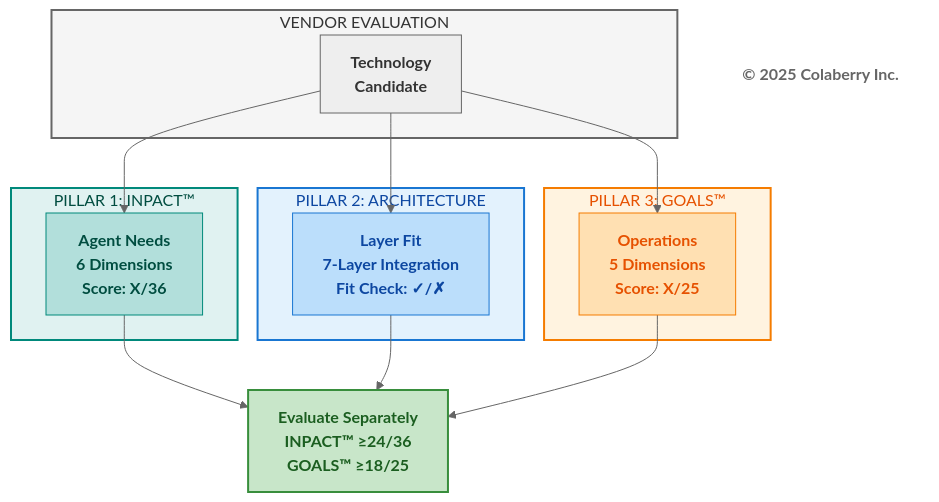
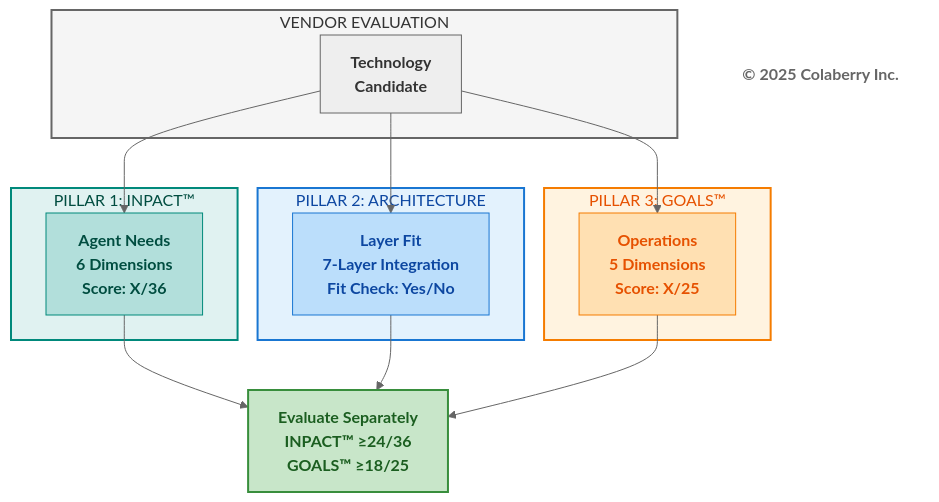
Before and after one commit to saitejesh-cyber/trust-before-intelligence-book: the second of 5 diagrams in manuscript/12_chapter_11_technology_selection_guide.md, drawn with Mermaid (neutral theme).

Commit message:
Cleaning chapter
Cleaning chapter

````diff
--- a/manuscript/12_chapter_11_technology_selection_guide.md
+++ b/manuscript/12_chapter_11_technology_selection_guide.md
@@ -111,39 +111,39 @@
 ```mermaid
 graph TD
     subgraph VENDOR["VENDOR EVALUATION"]
         V["<b>Technology<br/>Candidate</b>"]
     end
     
     subgraph PILLAR1["PILLAR 1: INPACT™"]
         P1["<b>Agent Needs</b><br/><b>6 Dimensions</b><br/><b>Score: X/36</b>"]
     end
     
     subgraph PILLAR2["PILLAR 2: ARCHITECTURE"]
-        P2["<b>Layer Fit</b><br/><b>7-Layer Integration</b><br/><b>Fit Check: ✓/✗</b>"]
+        P2["<b>Layer Fit</b><br/><b>7-Layer Integration</b><br/><b>Fit Check: Yes/No</b>"]
     end
     
     subgraph PILLAR3["PILLAR 3: GOALS™"]
         P3["<b>Operations</b><br/><b>5 Dimensions</b><br/><b>Score: X/25</b>"]
     end
     
     V --> P1
     V --> P2
     V --> P3
     
     P1 --> EVAL["<b>Evaluate Separately</b><br/><b>INPACT™ ≥24/36</b><br/><b>GOALS™ ≥18/25</b>"]
     P2 --> EVAL
     P3 --> EVAL
     
     Copyright["<b>© 2025 Colaberry Inc.</b>"]
     
     style VENDOR fill:#f5f5f5,stroke:#666666,stroke-width:2px,color:#333333
     style PILLAR1 fill:#e0f2f1,stroke:#00897b,stroke-width:2px,color:#004d40
     style PILLAR2 fill:#e3f2fd,stroke:#1976d2,stroke-width:2px,color:#0d47a1
     style PILLAR3 fill:#fff3e0,stroke:#f57c00,stroke-width:2px,color:#e65100
     style V fill:#eeeeee,stroke:#666666,color:#333333
     style P1 fill:#b2dfdb,stroke:#00897b,color:#004d40
     style P2 fill:#bbdefb,stroke:#1976d2,color:#0d47a1
     style P3 fill:#ffe0b2,stroke:#f57c00,color:#e65100
     style EVAL fill:#c8e6c9,stroke:#388e3c,stroke-width:2px,color:#1b5e20
     style Copyright fill:#ffffff,stroke:none,color:#666666
 ```
````
